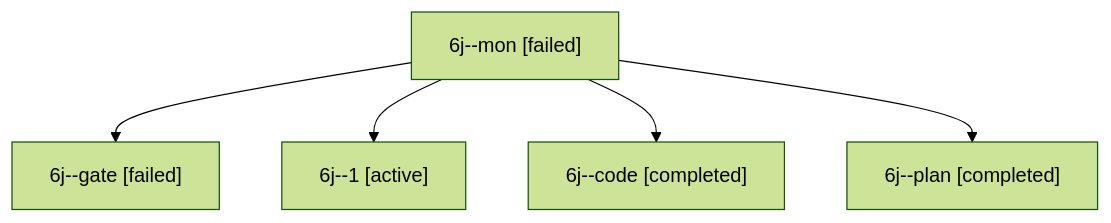
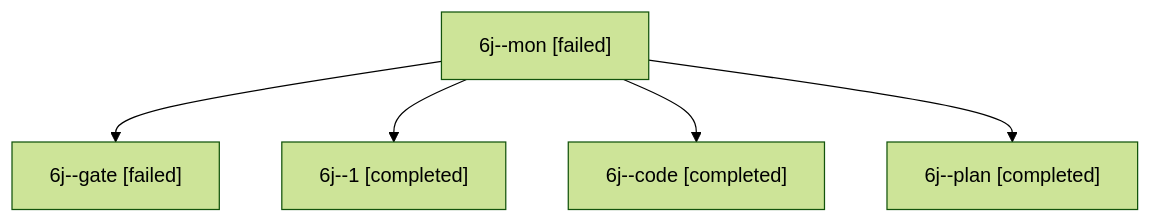
Before and after one commit to bobs-org/bob-cli--agents: the diagram in sessions/bbugyi200.apollo.6j.md, drawn with Mermaid (forest theme). The commit also changed other lines of this file and 27 other files, not shown here.

````diff
--- a/sessions/bbugyi200.apollo.6j.md
+++ b/sessions/bbugyi200.apollo.6j.md
@@ -9,12 +9,12 @@
 ```mermaid
 flowchart TD
   n0["6j--mon [failed]"]
   n1["6j--gate [failed]"]
   n0 --> n1
-  n2["6j--1 [active]"]
+  n2["6j--1 [completed]"]
   n0 --> n2
   n3["6j--code [completed]"]
   n0 --> n3
   n4["6j--plan [completed]"]
   n0 --> n4
 ```
````
